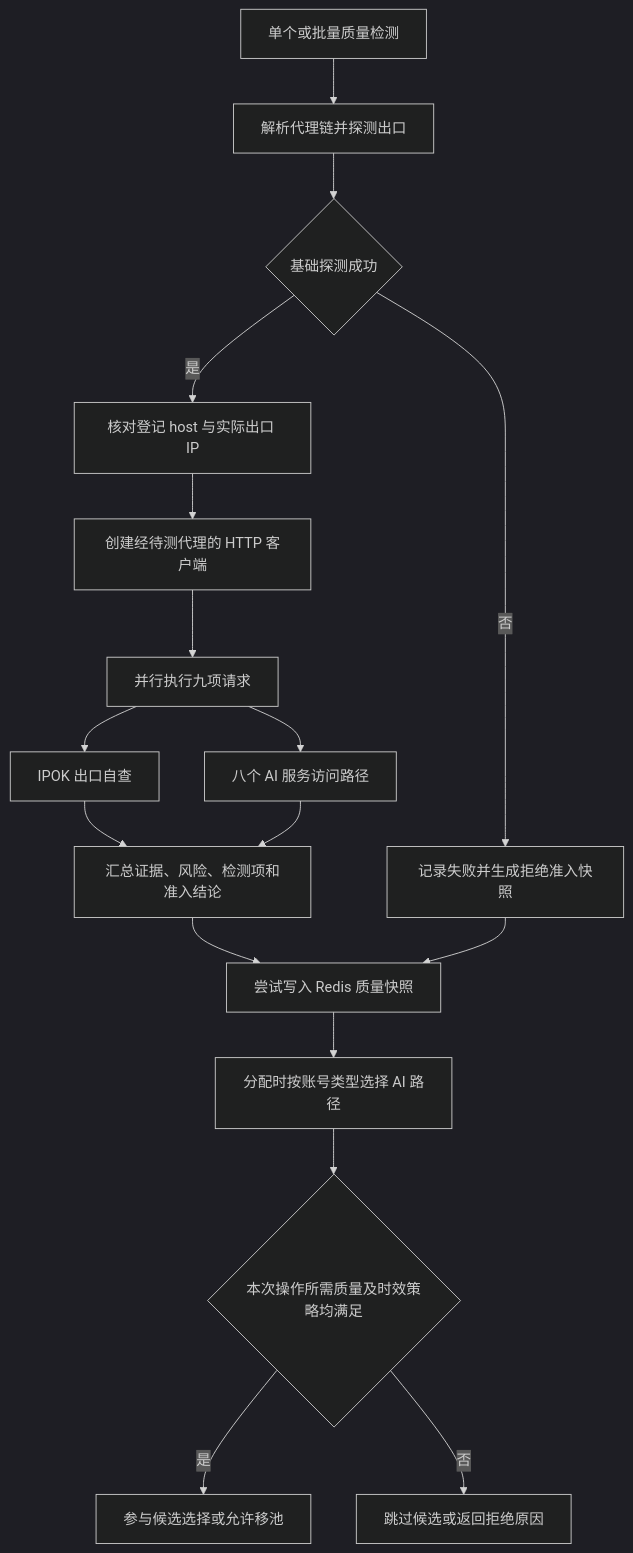
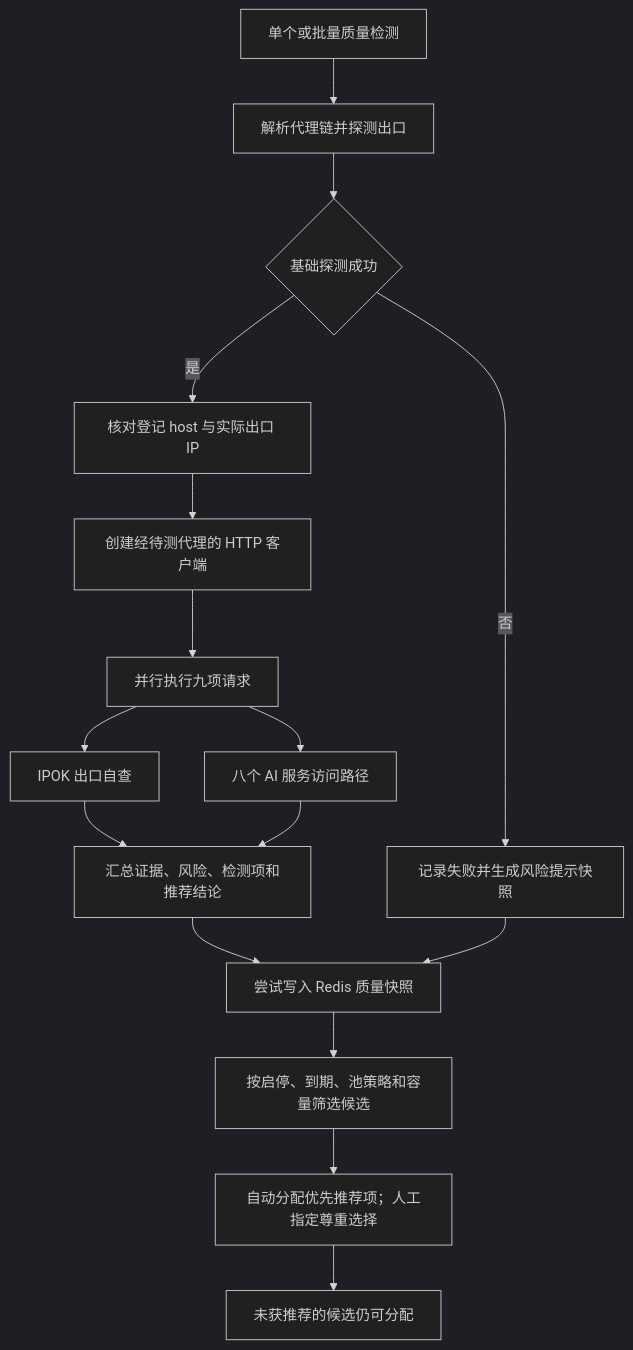
One commit to magicJie/sub2api changed the diagram in docs/IP_QUALITY_CHECK.md. Above: the diagram before and after it, drawn with Mermaid (dark theme). The commit also changed other lines of this file and 21 other files, not shown here.

````diff
--- a/docs/IP_QUALITY_CHECK.md
+++ b/docs/IP_QUALITY_CHECK.md
@@ -23,19 +23,18 @@
 ```mermaid
 flowchart TD
     A[单个或批量质量检测] --> B[解析代理链并探测出口]
     B --> C{基础探测成功}
-    C -->|否| F[记录失败并生成拒绝准入快照]
+    C -->|否| F[记录失败并生成风险提示快照]
     C -->|是| D[核对登记 host 与实际出口 IP]
     D --> E[创建经待测代理的 HTTP 客户端]
     E --> P[并行执行九项请求]
     P --> R[IPOK 出口自查]
     P --> T[八个 AI 服务访问路径]
-    R --> S[汇总证据、风险、检测项和准入结论]
+    R --> S[汇总证据、风险、检测项和推荐结论]
     T --> S
     S --> W[尝试写入 Redis 质量快照]
     F --> W
-    W --> G[分配时按账号类型选择 AI 路径]
-    G --> H{本次操作所需质量及时效策略均满足}
-    H -->|是| I[参与候选选择或允许移池]
-    H -->|否| J[跳过候选或返回拒绝原因]
+    W --> G[按启停、到期、池策略和容量筛选候选]
+    G --> H[自动分配优先推荐项；人工指定尊重选择]
+    H --> I[未获推荐的候选仍可分配]
 ```
````
